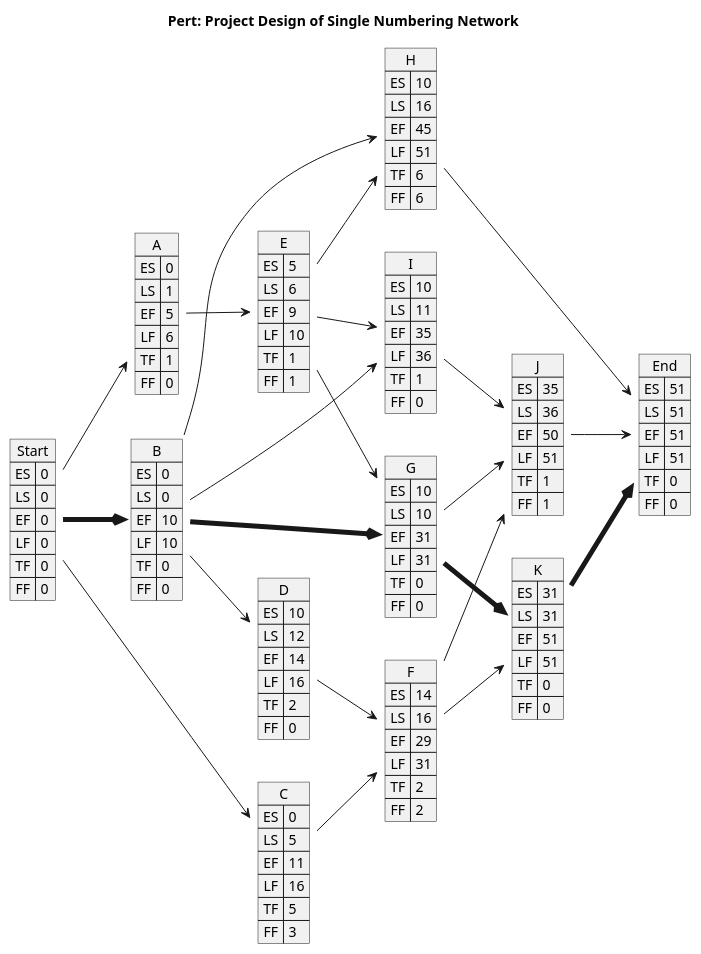
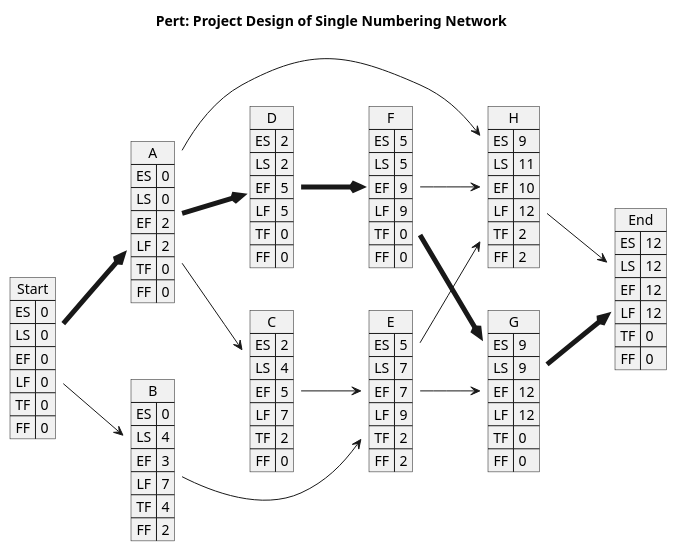
Before and after one commit to SCWM-P/PM_code_LLM_plantuml: the diagram in __temp__/PUML_text_sNN.puml, drawn with PlantUML. The commit also changed 6 other files, not shown here.

```diff
--- a/__temp__/PUML_text_sNN.puml
+++ b/__temp__/PUML_text_sNN.puml
@@ -2,131 +2,100 @@
 @startuml PERT
 left to right direction
 ' Horizontal lines: -->, <--, <-->
 ' Vertical lines: ->, <-, <->
 title Pert: Project Design of Single Numbering Network
 map Start {
     ES => 0
     LS => 0
     EF => 0
     LF => 0
     TF => 0
     FF => 0
 }
 map A {
     ES => 0
-    LS => 1
-    EF => 5
-    LF => 6
-    TF => 1
+    LS => 0
+    EF => 2
+    LF => 2
+    TF => 0
     FF => 0
 }
 map B {
     ES => 0
-    LS => 0
-    EF => 10
-    LF => 10
-    TF => 0
+    LS => 4
+    EF => 3
+    LF => 7
+    TF => 4
+    FF => 2
+}
+map C {
+    ES => 2
+    LS => 4
+    EF => 5
+    LF => 7
+    TF => 2
     FF => 0
 }
-map C {
-    ES => 0
-    LS => 5
-    EF => 11
-    LF => 16
-    TF => 5
-    FF => 3
-}
 map D {
-    ES => 10
-    LS => 12
-    EF => 14
-    LF => 16
-    TF => 2
+    ES => 2
+    LS => 2
+    EF => 5
+    LF => 5
+    TF => 0
     FF => 0
 }
 map E {
     ES => 5
-    LS => 6
-    EF => 9
-    LF => 10
-    TF => 1
-    FF => 1
-}
-map F {
-    ES => 14
-    LS => 16
-    EF => 29
-    LF => 31
+    LS => 7
+    EF => 7
+    LF => 9
     TF => 2
     FF => 2
 }
+map F {
+    ES => 5
+    LS => 5
+    EF => 9
+    LF => 9
+    TF => 0
+    FF => 0
+}
 map G {
-    ES => 10
-    LS => 10
-    EF => 31
-    LF => 31
+    ES => 9
+    LS => 9
+    EF => 12
+    LF => 12
     TF => 0
     FF => 0
 }
 map H {
-    ES => 10
-    LS => 16
-    EF => 45
-    LF => 51
-    TF => 6
-    FF => 6
+    ES => 9
+    LS => 11
+    EF => 10
+    LF => 12
+    TF => 2
+    FF => 2
 }
-map I {
-    ES => 10
-    LS => 11
-    EF => 35
-    LF => 36
-    TF => 1
-    FF => 0
-}
-map J {
-    ES => 35
-    LS => 36
-    EF => 50
-    LF => 51
-    TF => 1
-    FF => 1
-}
-map K {
-    ES => 31
-    LS => 31
-    EF => 51
-    LF => 51
+map End {
+    ES => 12
+    LS => 12
+    EF => 12
+    LF => 12
     TF => 0
     FF => 0
 }
-map End {
-    ES => 51
-    LS => 51
-    EF => 51
-    LF => 51
-    TF => 0
-    FF => 0
-}
-Start --> A
-Start -[thickness=5]-> B
-Start --> C
-B --> D
-A --> E
-C --> F
-D --> F
-B -[thickness=5]-> G
+Start -[thickness=5]-> A
+Start --> B
+A --> C
+A -[thickness=5]-> D
+B --> E
+C --> E
+D -[thickness=5]-> F
 E --> G
-B --> H
+F -[thickness=5]-> G
+A --> H
 E --> H
-B --> I
-E --> I
-F --> J
-G --> J
-I --> J
-F --> K
-G -[thickness=5]-> K
+F --> H
+G -[thickness=5]-> End
 H --> End
-J --> End
-K -[thickness=5]-> End
 @enduml
```
